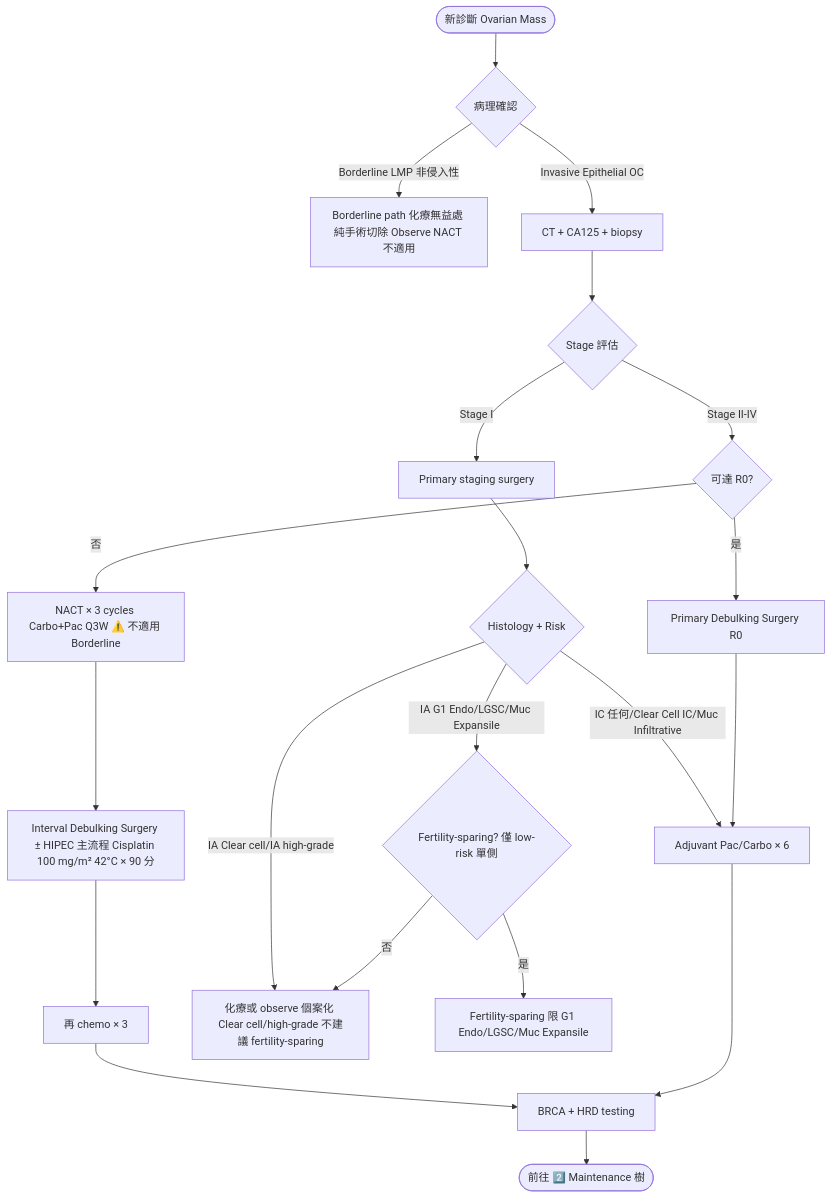
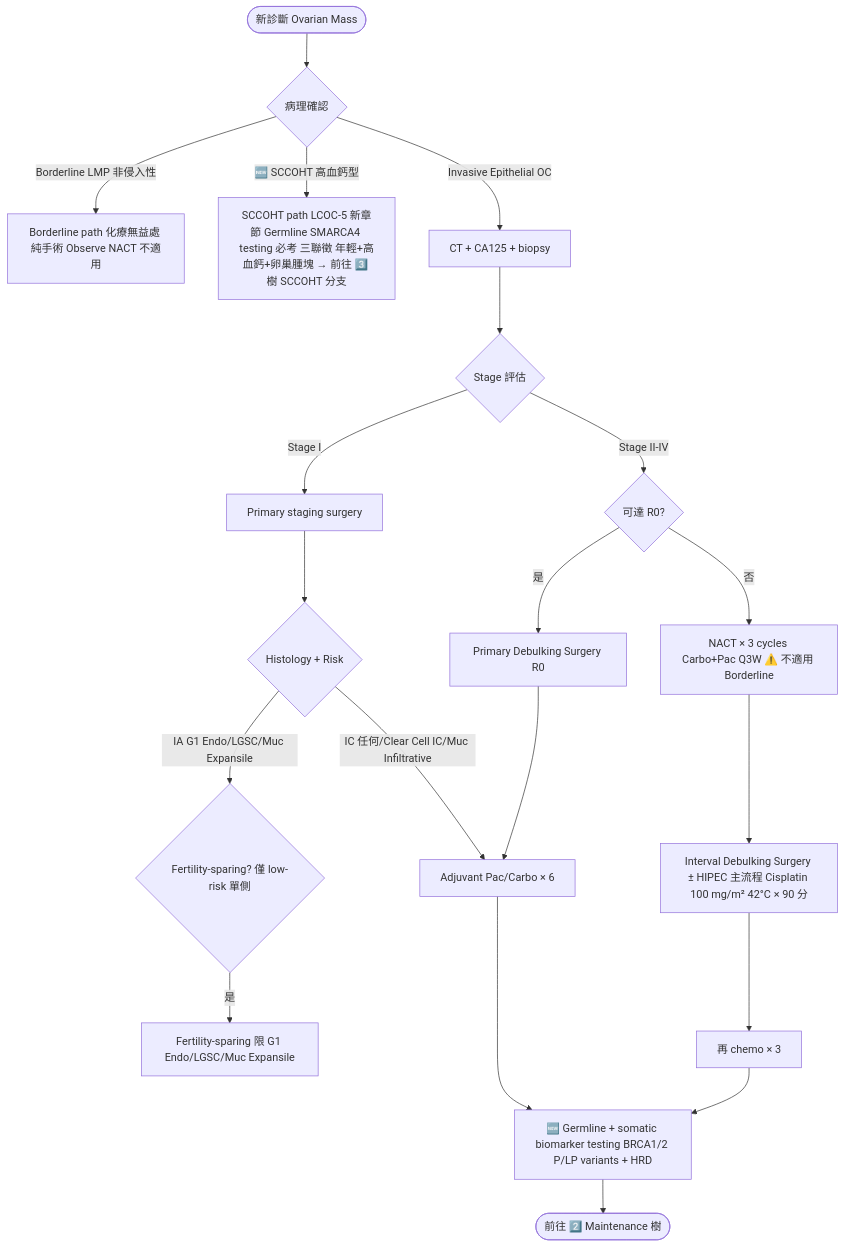
Before and after one commit to bluesunshine515-crypto/gynonc-board: the first of 2 diagrams in data/ovarian/treatment.md, drawn with Mermaid. The commit also changed other lines of this file and 7 other files, not shown here.

````diff
--- a/data/ovarian/treatment.md
+++ b/data/ovarian/treatment.md
@@ -26,23 +20,22 @@
 ```mermaid
 flowchart TD
   Start([新診斷 Ovarian Mass]) --> Biopsy{病理確認}
-  Biopsy -->|Borderline LMP 非侵入性| LMP[Borderline path 化療無益處 純手術切除 Observe NACT 不適用]
+  Biopsy -->|Borderline LMP 非侵入性| LMP[Borderline path 化療無益處 純手術 Observe NACT 不適用]
+  Biopsy -->|🆕 SCCOHT 高血鈣型| SCCOHT_path[SCCOHT path LCOC-5 新章節 Germline SMARCA4 testing 必考 三聯徵 年輕+高血鈣+卵巢腫塊 → 前往 3️⃣ 樹 SCCOHT 分支]
   Biopsy -->|Invasive Epithelial OC| Imaging[CT + CA125 + biopsy]
   Imaging --> Stage{Stage 評估}
   Stage -->|Stage I| Surg_I[Primary staging surgery]
   Stage -->|Stage II-IV| Resectable{可達 R0?}
   Resectable -->|是| PDS[Primary Debulking Surgery R0]
   Resectable -->|否| NACT[NACT × 3 cycles Carbo+Pac Q3W ⚠️ 不適用 Borderline]
   NACT --> IDS[Interval Debulking Surgery ± HIPEC 主流程 Cisplatin 100 mg/m² 42°C × 90 分]
   IDS --> Chemo3[再 chemo × 3]
   Surg_I --> Histology{Histology + Risk}
   Histology -->|IA G1 Endo/LGSC/Muc Expansile| FertOption{Fertility-sparing? 僅 low-risk 單側}
   Histology -->|IC 任何/Clear Cell IC/Muc Infiltrative| Adj_Chemo[Adjuvant Pac/Carbo × 6]
-  Histology -->|IA Clear cell/IA high-grade| Adj_Option[化療或 observe 個案化 Clear cell/high-grade 不建議 fertility-sparing]
   FertOption -->|是| FS[Fertility-sparing 限 G1 Endo/LGSC/Muc Expansile]
-  FertOption -->|否| Adj_Option
   PDS --> Adj_Chemo
-  Chemo3 --> Mol_Test[BRCA + HRD testing]
+  Chemo3 --> Mol_Test[🆕 Germline + somatic biomarker testing BRCA1/2 P/LP variants + HRD]
   Adj_Chemo --> Mol_Test
   Mol_Test --> Maint([前往 2️⃣ Maintenance 樹])
 ```
````
